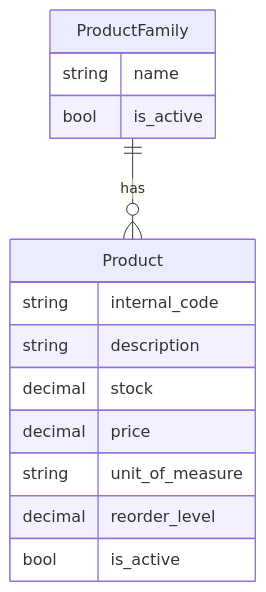
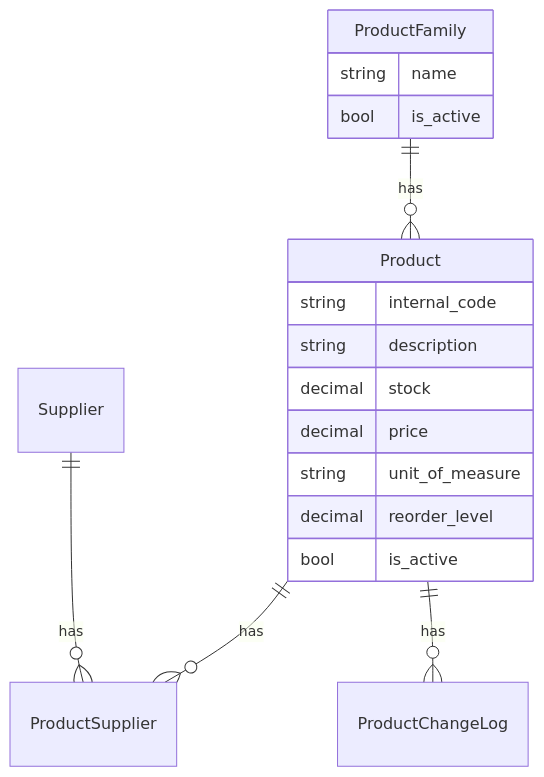
Before and after one commit to neopmpmtj/warehouse: the diagram in .cursor/plans/product_family_uom_reorder_67ecb9fc.plan.md, drawn with Mermaid. The commit also changed other lines of this file and 11 other files, not shown here.

````diff
--- a/.cursor/plans/product_family_uom_reorder_67ecb9fc.plan.md
+++ b/.cursor/plans/product_family_uom_reorder_67ecb9fc.plan.md
@@ -36,17 +68,20 @@
 ```mermaid
 erDiagram
     ProductFamily ||--o{ Product : has
+    Product ||--o{ ProductSupplier : has
+    Supplier ||--o{ ProductSupplier : has
+    Product ||--o{ ProductChangeLog : has
     Product {
         string internal_code
         string description
         decimal stock
         decimal price
         string unit_of_measure
         decimal reorder_level
         bool is_active
     }
     ProductFamily {
         string name
         bool is_active
     }
 ```
````
